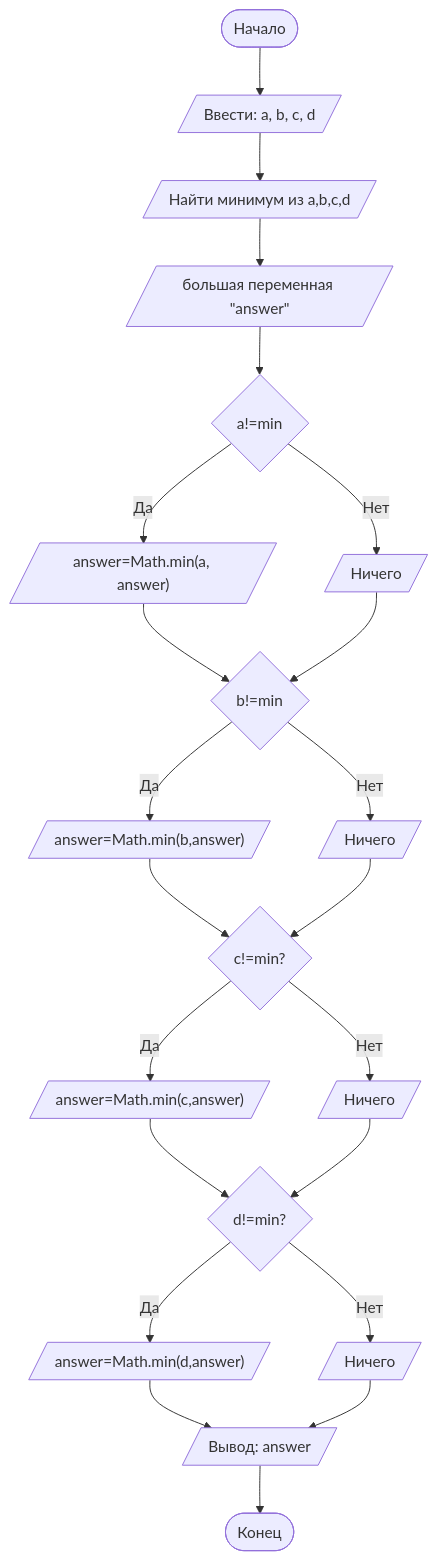
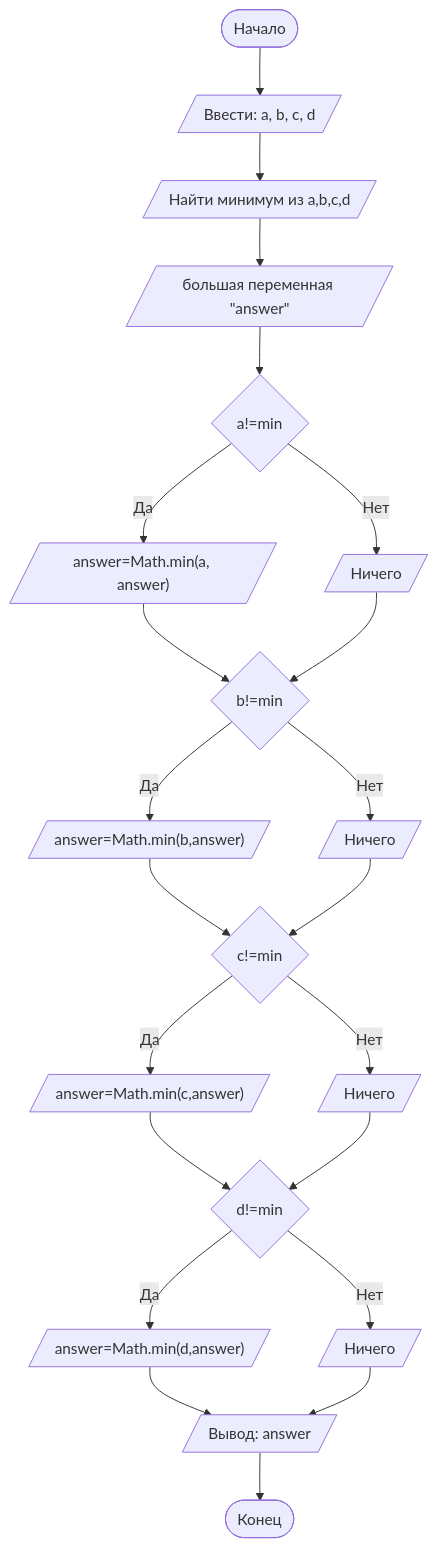
One commit to boob-eng/-SPSUE changed the diagram in README.md. Above: the diagram before and after it, drawn with Mermaid.

````diff
--- a/README.md
+++ b/README.md
@@ -91,25 +91,25 @@
 ```mermaid
 graph TD
    A([Начало]) --> B[/Ввести: a, b, c, d/]
    B --> C[/Найти минимум из a,b,c,d/]
    C --> D[/большая переменная "answer"/]
    D --> E{a!=min}
    E -- Да --> F[/"answer=Math.min(a, answer)"/]
    E -- Нет --> G[/Ничего/]
    F --> H{b!=min}
    G --> H
    H -- Да --> I[/"answer=Math.min(b,answer)"/]
    H -- Нет --> J[/Ничего/]
-   I --> K{c!=min?}
+   I --> K{c!=min}
    J --> K
    K -- Да --> L[/"answer=Math.min(c,answer)"/]
    K -- Нет --> M[/Ничего/]
-   L --> N{d!=min?}
+   L --> N{d!=min}
    M --> N
    N -- Да --> O[/"answer=Math.min(d,answer)"/]
    N -- Нет --> P[/Ничего/]
    O --> Q[/Вывод: answer/]
    P --> Q
    Q --> Z([Конец])
 
 ```
````
